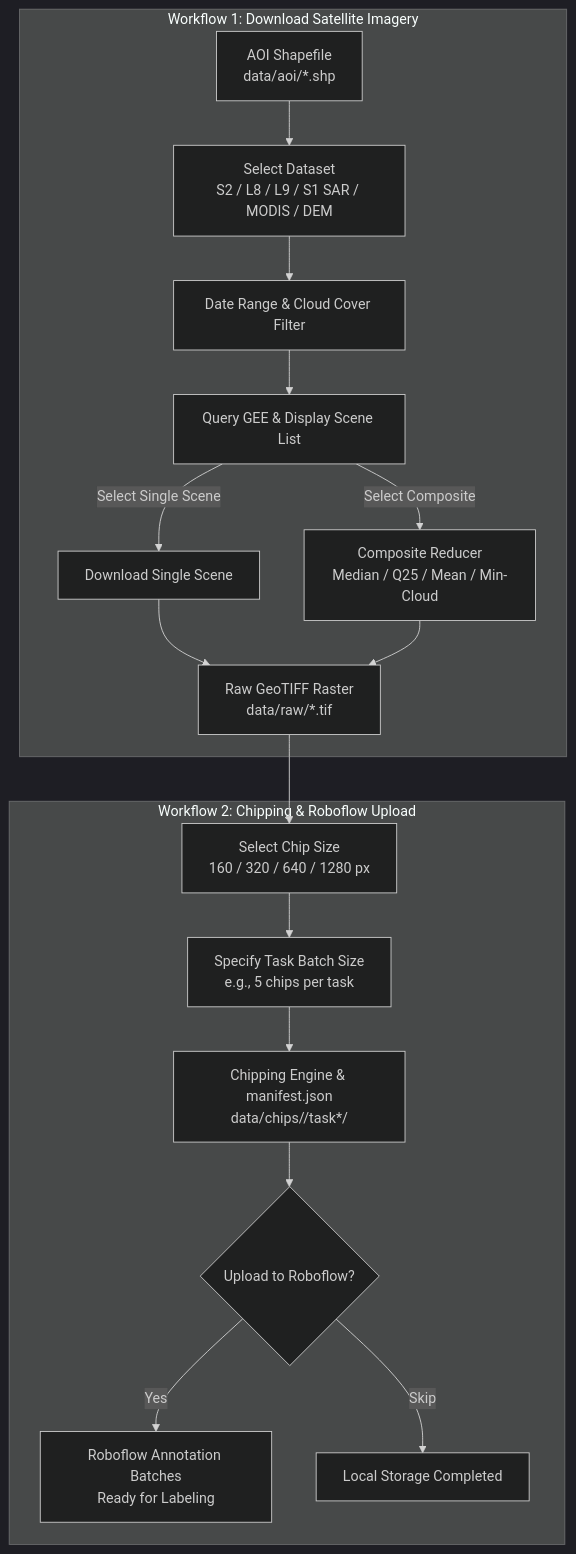
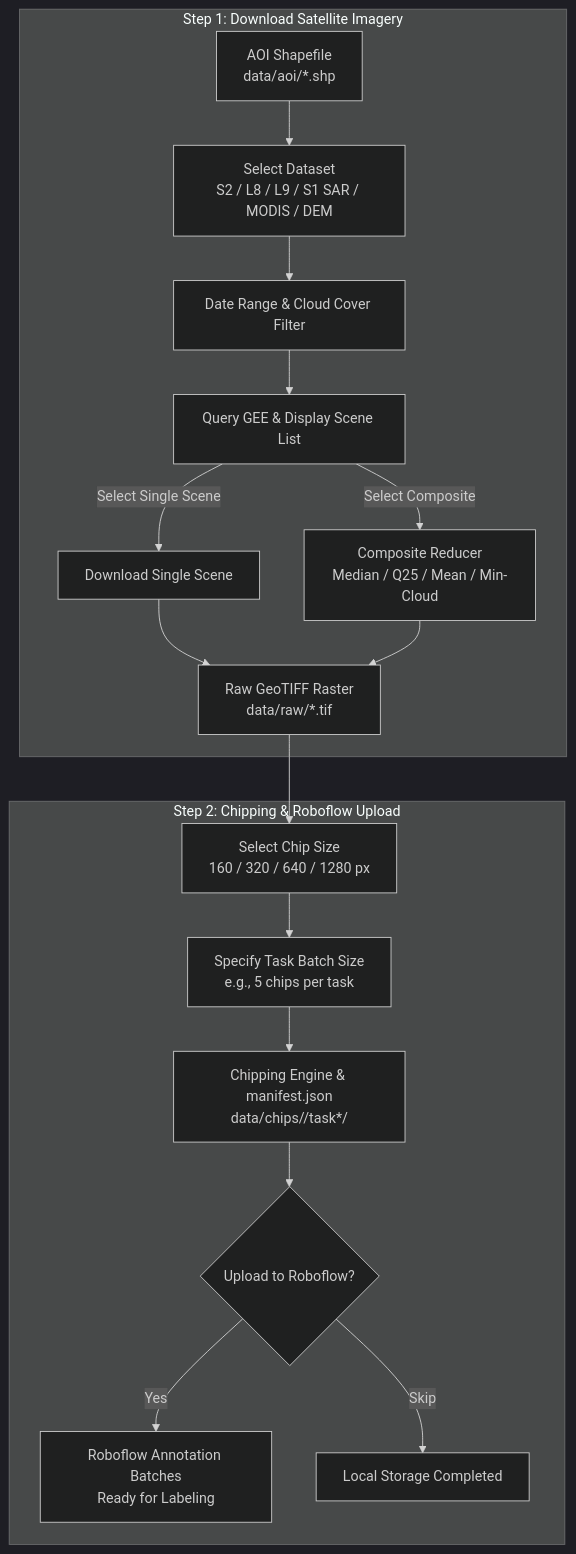
The diagram in README.md (Anovvy/GeoChip), drawn with Mermaid (dark theme) before and after one commit. The commit also changed other lines of this file and 44 other files, not shown here.

````diff
--- a/README.md
+++ b/README.md
@@ -57,21 +56,21 @@
 ```mermaid
 flowchart TD
-    subgraph W1[Workflow 1: Download Satellite Imagery]
+    subgraph W1[Step 1: Download Satellite Imagery]
         A[AOI Shapefile\ndata/aoi/*.shp] --> B[Select Dataset\nS2 / L8 / L9 / S1 SAR / MODIS / DEM]
         B --> C[Date Range & Cloud Cover Filter]
         C --> D[Query GEE & Display Scene List]
         D -->|Select Single Scene| E1[Download Single Scene]
         D -->|Select Composite| E2[Composite Reducer\nMedian / Q25 / Mean / Min-Cloud]
         E1 --> F[Raw GeoTIFF Raster\ndata/raw/*.tif]
         E2 --> F
     end
 
-    subgraph W2[Workflow 2: Chipping & Roboflow Upload]
+    subgraph W2[Step 2: Chipping & Roboflow Upload]
         F --> G[Select Chip Size\n160 / 320 / 640 / 1280 px]
         G --> H[Specify Task Batch Size\ne.g., 5 chips per task]
         H --> I[Chipping Engine & manifest.json\ndata/chips/<raster>/task*/]
         I --> J{Upload to Roboflow?}
         J -->|Yes| K[Roboflow Annotation Batches\nReady for Labeling]
         J -->|Skip| L[Local Storage Completed]
     end
 ```
````
